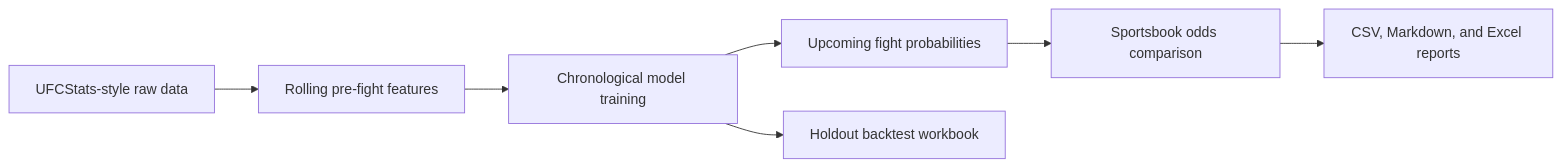
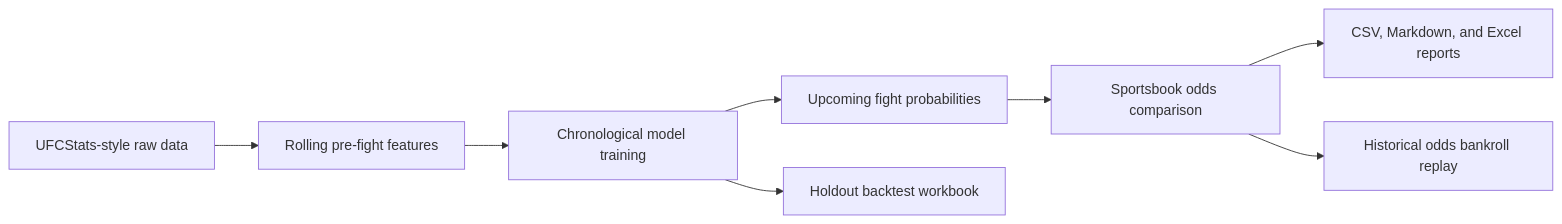
One commit to Fink692/ufc-predictor changed the diagram in README.md. Above: the diagram before and after it, drawn with Mermaid. The commit also changed other lines of this file and 19 other files, not shown here.

````diff
--- a/README.md
+++ b/README.md
@@ -53,9 +58,10 @@
 ```mermaid
 flowchart LR
     A["UFCStats-style raw data"] --> B["Rolling pre-fight features"]
     B --> C["Chronological model training"]
     C --> D["Upcoming fight probabilities"]
     D --> E["Sportsbook odds comparison"]
     E --> F["CSV, Markdown, and Excel reports"]
+    E --> H["Historical odds bankroll replay"]
     C --> G["Holdout backtest workbook"]
 ```
````
